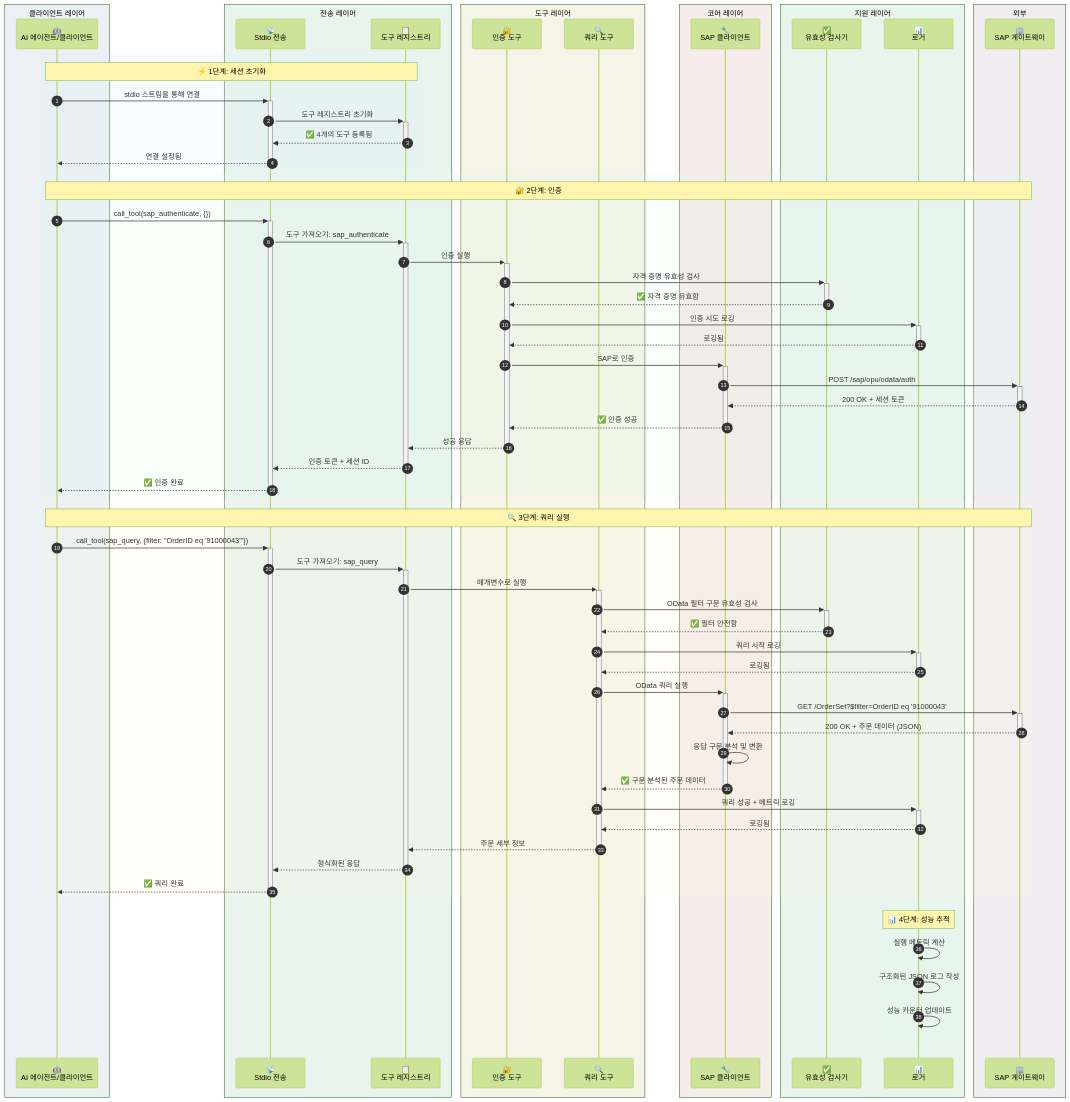
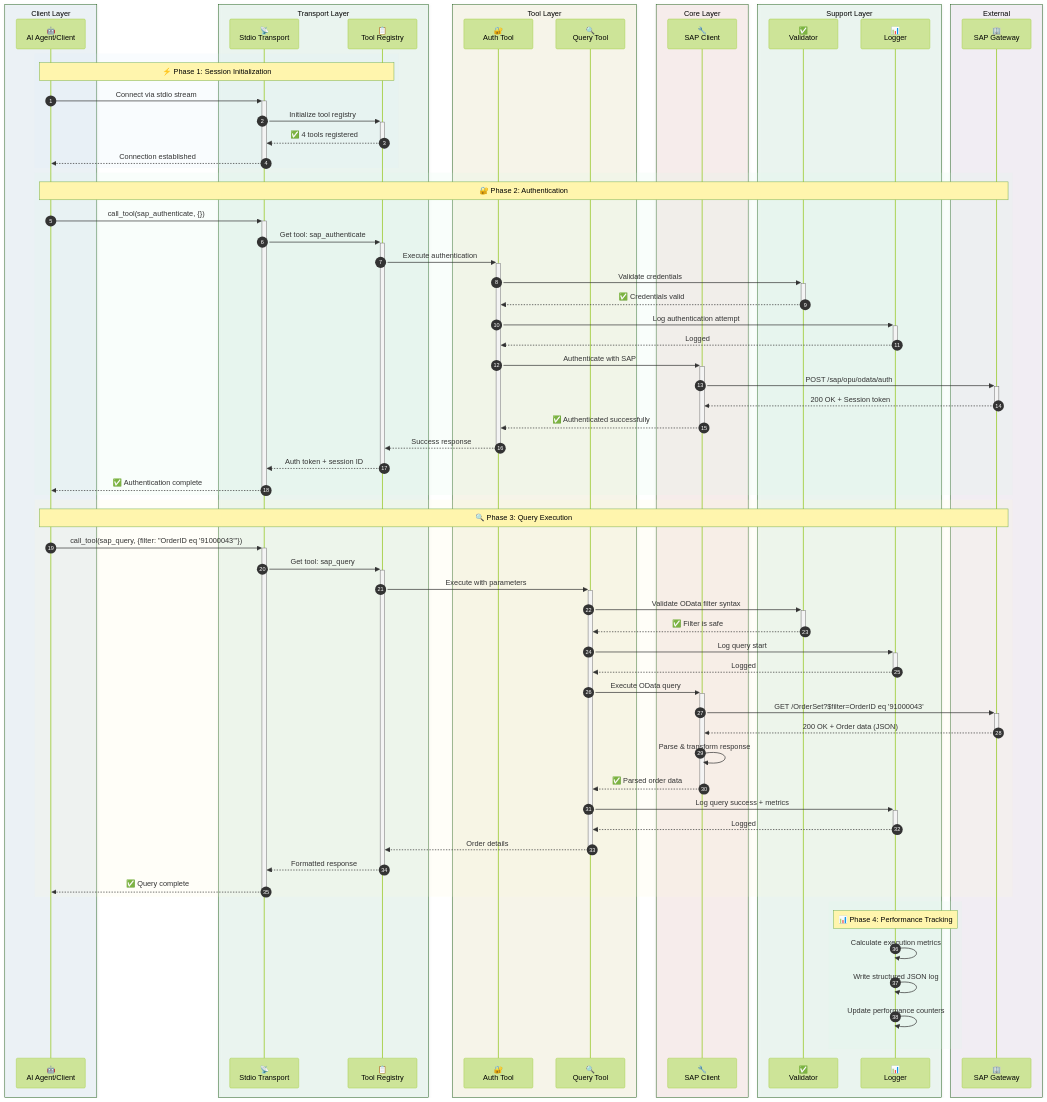
One commit to midasol/sap-mcp-server changed the third of 5 diagrams in README.ko.md. Above: the diagram before and after it, drawn with Mermaid (forest theme). The commit also changed other lines of this file, not shown here.

````diff
--- a/README.ko.md
+++ b/README.ko.md
@@ -184,79 +197,79 @@
 ```mermaid
 sequenceDiagram
     autonumber
-    box rgba(214, 234, 248, 0.3) 클라이언트 레이어
-        participant Client as 🤖<br/>AI 에이전트/클라이언트
+    box rgba(214, 234, 248, 0.3) Client Layer
+        participant Client as 🤖<br/>AI Agent/Client
     end
-    box rgba(213, 245, 227, 0.3) 전송 레이어
-        participant Transport as 📡<br/>Stdio 전송
-        participant Registry as 📋<br/>도구 레지스트리
+    box rgba(213, 245, 227, 0.3) Transport Layer
+        participant Transport as 📡<br/>Stdio Transport
+        participant Registry as 📋<br/>Tool Registry
     end
-    box rgba(252, 243, 207, 0.3) 도구 레이어
-        participant AuthTool as 🔐<br/>인증 도구
-        participant QueryTool as 🔍<br/>쿼리 도구
+    box rgba(252, 243, 207, 0.3) Tool Layer
+        participant AuthTool as 🔐<br/>Auth Tool
+        participant QueryTool as 🔍<br/>Query Tool
     end
-    box rgba(250, 219, 216, 0.3) 코어 레이어
-        participant SAPClient as 🔧<br/>SAP 클라이언트
+    box rgba(250, 219, 216, 0.3) Core Layer
+        participant SAPClient as 🔧<br/>SAP Client
     end
-    box rgba(213, 245, 227, 0.3) 지원 레이어
-        participant Validator as ✅<br/>유효성 검사기
-        participant Logger as 📊<br/>로거
+    box rgba(213, 245, 227, 0.3) Support Layer
+        participant Validator as ✅<br/>Validator
+        participant Logger as 📊<br/>Logger
     end
-    box rgba(235, 222, 240, 0.3) 외부
-        participant SAP as 🏢<br/>SAP 게이트웨이
+    box rgba(235, 222, 240, 0.3) External
+        participant SAP as 🏢<br/>SAP Gateway
     end
 
     rect rgba(214, 234, 248, 0.15)
-        Note over Client,Registry: ⚡ 1단계: 세션 초기화
-        Client->>+Transport: stdio 스트림을 통해 연결
-        Transport->>+Registry: 도구 레지스트리 초기화
-        Registry-->>-Transport: ✅ 4개의 도구 등록됨
-        Transport-->>-Client: 연결 설정됨
+        Note over Client,Registry: ⚡ Phase 1: Session Initialization
+        Client->>+Transport: Connect via stdio stream
+        Transport->>+Registry: Initialize tool registry
+        Registry-->>-Transport: ✅ 4 tools registered
+        Transport-->>-Client: Connection established
     end
 
     rect rgba(213, 245, 227, 0.15)
-        Note over Client,SAP: 🔐 2단계: 인증
+        Note over Client,SAP: 🔐 Phase 2: Authentication
         Client->>+Transport: call_tool(sap_authenticate, {})
-        Transport->>+Registry: 도구 가져오기: sap_authenticate
-        Registry->>+AuthTool: 인증 실행
-        AuthTool->>+Validator: 자격 증명 유효성 검사
-        Validator-->>-AuthTool: ✅ 자격 증명 유효함
-        AuthTool->>+Logger: 인증 시도 로깅
-        Logger-->>-AuthTool: 로깅됨
-        AuthTool->>+SAPClient: SAP로 인증
+        Transport->>+Registry: Get tool: sap_authenticate
+        Registry->>+AuthTool: Execute authentication
+        AuthTool->>+Validator: Validate credentials
+        Validator-->>-AuthTool: ✅ Credentials valid
+        AuthTool->>+Logger: Log authentication attempt
+        Logger-->>-AuthTool: Logged
+        AuthTool->>+SAPClient: Authenticate with SAP
         SAPClient->>+SAP: POST /sap/opu/odata/auth
-        SAP-->>-SAPClient: 200 OK + 세션 토큰
-        SAPClient-->>-AuthTool: ✅ 인증 성공
-        AuthTool-->>-Registry: 성공 응답
-        Registry-->>-Transport: 인증 토큰 + 세션 ID
-        Transport-->>-Client: ✅ 인증 완료
+        SAP-->>-SAPClient: 200 OK + Session token
+        SAPClient-->>-AuthTool: ✅ Authenticated successfully
+        AuthTool-->>-Registry: Success response
+        Registry-->>-Transport: Auth token + session ID
+        Transport-->>-Client: ✅ Authentication complete
     end
 
     rect rgba(252, 243, 207, 0.15)
-        Note over Client,SAP: 🔍 3단계: 쿼리 실행
+        Note over Client,SAP: 🔍 Phase 3: Query Execution
         Client->>+Transport: call_tool(sap_query, {filter: "OrderID eq '91000043'"})
-        Transport->>+Registry: 도구 가져오기: sap_query
-        Registry->>+QueryTool: 매개변수로 실행
-        QueryTool->>+Validator: OData 필터 구문 유효성 검사
-        Validator-->>-QueryTool: ✅ 필터 안전함
-        QueryTool->>+Logger: 쿼리 시작 로깅
-        Logger-->>-QueryTool: 로깅됨
-        QueryTool->>+SAPClient: OData 쿼리 실행
+        Transport->>+Registry: Get tool: sap_query
+        Registry->>+QueryTool: Execute with parameters
+        QueryTool->>+Validator: Validate OData filter syntax
+        Validator-->>-QueryTool: ✅ Filter is safe
+        QueryTool->>+Logger: Log query start
+        Logger-->>-QueryTool: Logged
+        QueryTool->>+SAPClient: Execute OData query
         SAPClient->>+SAP: GET /OrderSet?$filter=OrderID eq '91000043'
-        SAP-->>-SAPClient: 200 OK + 주문 데이터 (JSON)
-        SAPClient->>SAPClient: 응답 구문 분석 및 변환
-        SAPClient-->>-QueryTool: ✅ 구문 분석된 주문 데이터
-        QueryTool->>+Logger: 쿼리 성공 + 메트릭 로깅
-        Logger-->>-QueryTool: 로깅됨
-        QueryTool-->>-Registry: 주문 세부 정보
-        Registry-->>-Transport: 형식화된 응답
-        Transport-->>-Client: ✅ 쿼리 완료
+        SAP-->>-SAPClient: 200 OK + Order data (JSON)
+        SAPClient->>SAPClient: Parse & transform response
+        SAPClient-->>-QueryTool: ✅ Parsed order data
+        QueryTool->>+Logger: Log query success + metrics
+        Logger-->>-QueryTool: Logged
+        QueryTool-->>-Registry: Order details
+        Registry-->>-Transport: Formatted response
+        Transport-->>-Client: ✅ Query complete
     end
 
     rect rgba(213, 245, 227, 0.15)
-        Note over Logger: 📊 4단계: 성능 추적
-        Logger->>Logger: 실행 메트릭 계산
-        Logger->>Logger: 구조화된 JSON 로그 작성
-        Logger->>Logger: 성능 카운터 업데이트
+        Note over Logger: 📊 Phase 4: Performance Tracking
+        Logger->>Logger: Calculate execution metrics
+        Logger->>Logger: Write structured JSON log
+        Logger->>Logger: Update performance counters
     end
 ```
````
